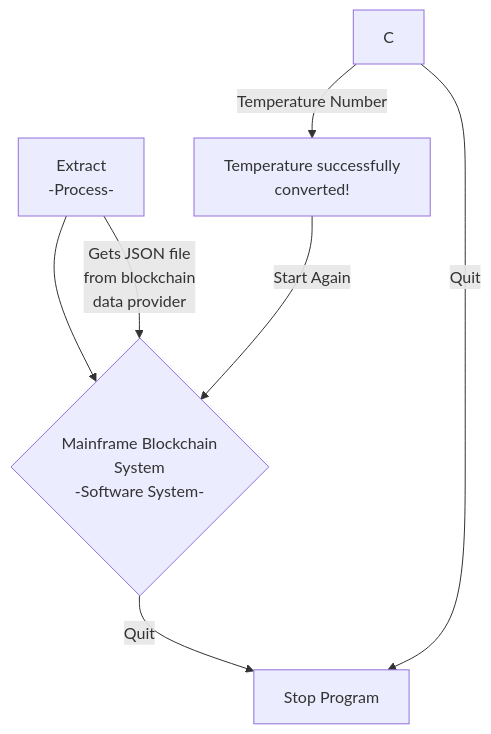
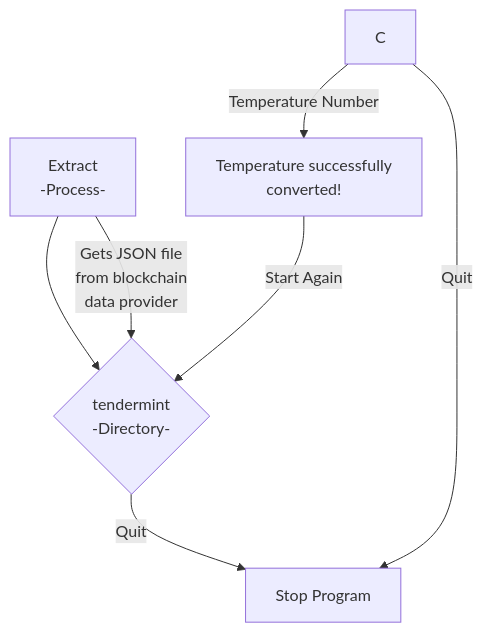
The diagram in README.md (patmcfarland/one), drawn with Mermaid before and after one commit.

````diff
--- a/README.md
+++ b/README.md
@@ -1,9 +1,9 @@
 ```mermaid
 flowchart TD
 A[Extract<br>-Process-] -->B{tendermint<br>-Directory-}
-A -- Gets JSON file<br>from blockchain<br>data provider --> B{Mainframe Blockchain<br>System<br>-Software System-} 
+A -- Gets JSON file<br>from blockchain<br>data provider -->B{tendermint<br>-Directory-}
 C -- Temperature Number --> D[Temperature successfully<br>converted!] 
 D -- Start Again -->B
 B -- Quit --> E[Stop Program]
 C -- Quit --> E
 ```
````
